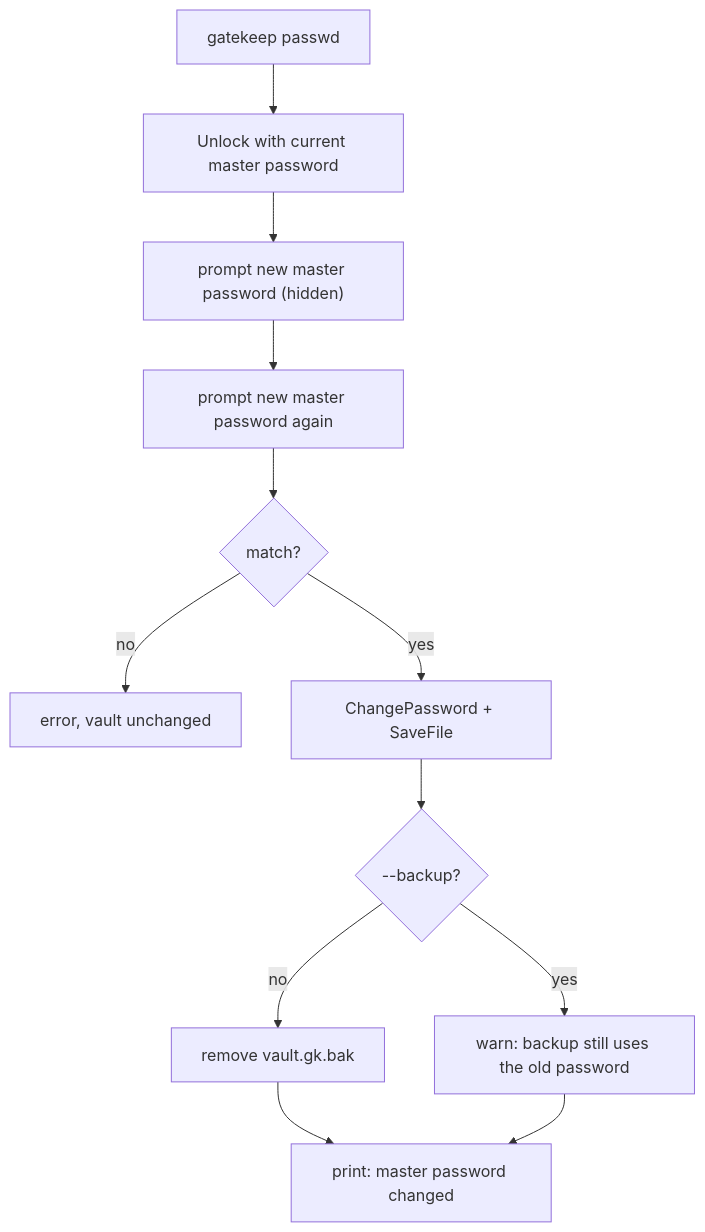
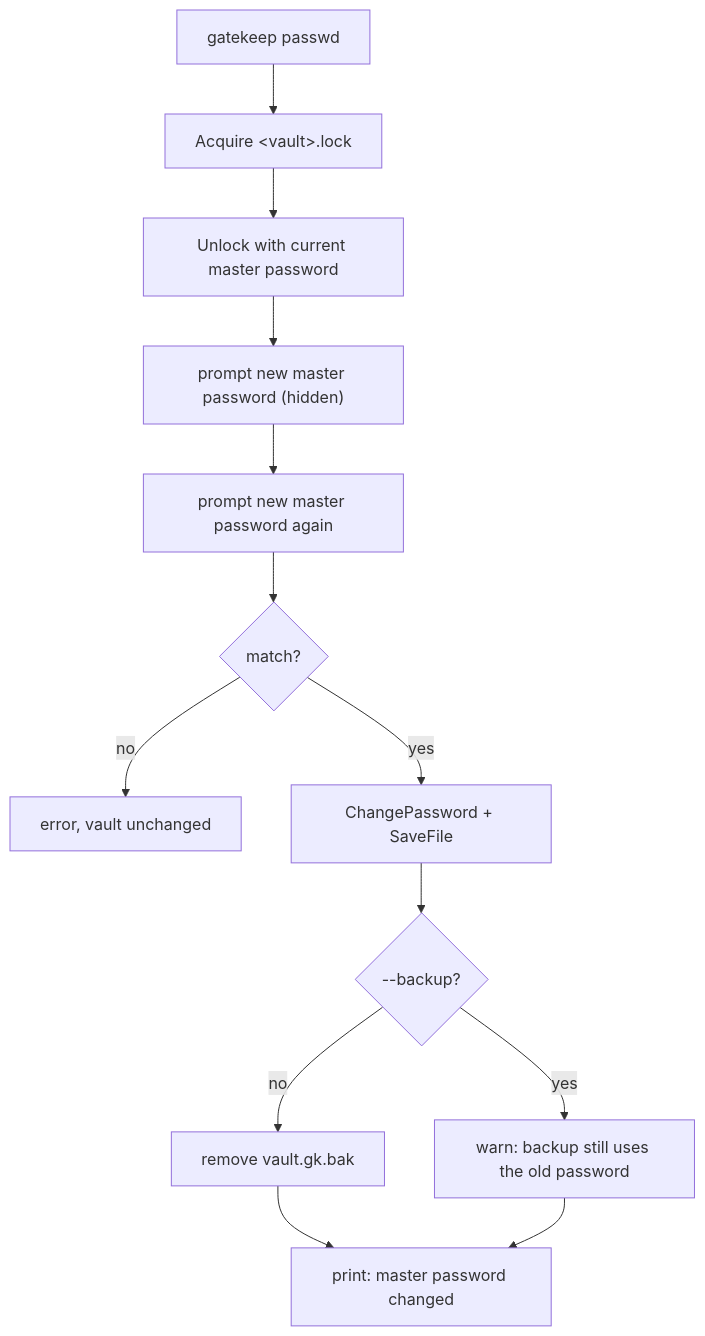
The ninth of 9 diagrams in cmd/FLOWS.md (nxkh4ng/gatekeep), drawn with Mermaid before and after one commit. The commit also changed other lines of this file and 9 other files, not shown here.

````diff
--- a/cmd/FLOWS.md
+++ b/cmd/FLOWS.md
@@ -140,14 +145,15 @@
 ```mermaid
 flowchart TD
-    A["gatekeep passwd"] --> B["Unlock with current master password"]
+    A["gatekeep passwd"] --> L["Acquire &lt;vault&gt;.lock"]
+    L --> B["Unlock with current master password"]
     B --> C["prompt new master password (hidden)"]
     C --> D["prompt new master password again"]
     D --> E{"match?"}
     E -->|no| X["error, vault unchanged"]
     E -->|yes| F["ChangePassword + SaveFile"]
     F --> K{"--backup?"}
     K -->|no| R["remove vault.gk.bak"]
     K -->|yes| W["warn: backup still uses the old password"]
     R --> G["print: master password changed"]
     W --> G
 ```
````
